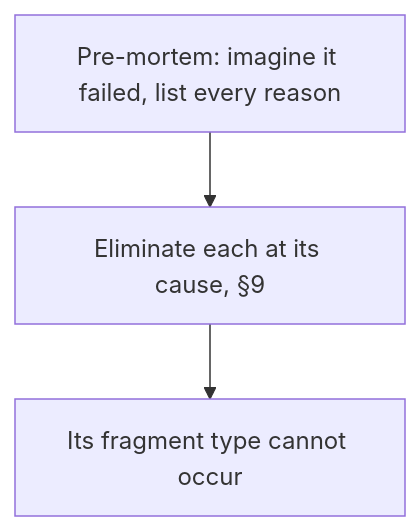
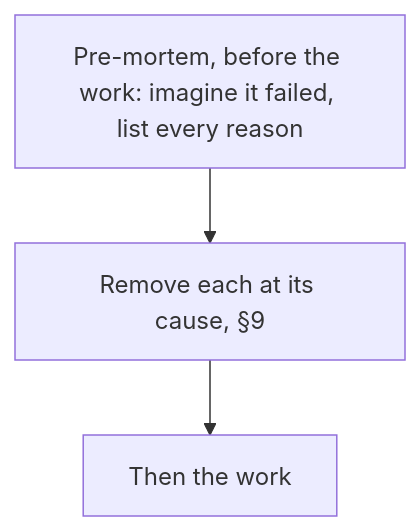
The first of 2 diagrams in README.md (SolenixAI/arbiter), drawn with Mermaid before and after one commit. The commit also changed other lines of this file and 5 other files, not shown here.

First line of the commit message:
feat(agents): root v2, every token earns its place, 0 contradictions with 5:0 (#52)

````diff
--- a/README.md
+++ b/README.md
@@ -50,4 +50,4 @@
 ```mermaid
 flowchart TD
-  PM["Pre-mortem: imagine it failed, list every reason"] --> P["Eliminate each at its cause, §9"] --> Q["Its fragment type cannot occur"]
+  PM["Pre-mortem, before the work: imagine it failed, list every reason"] --> P["Remove each at its cause, §9"] --> W["Then the work"]
 ```
````
